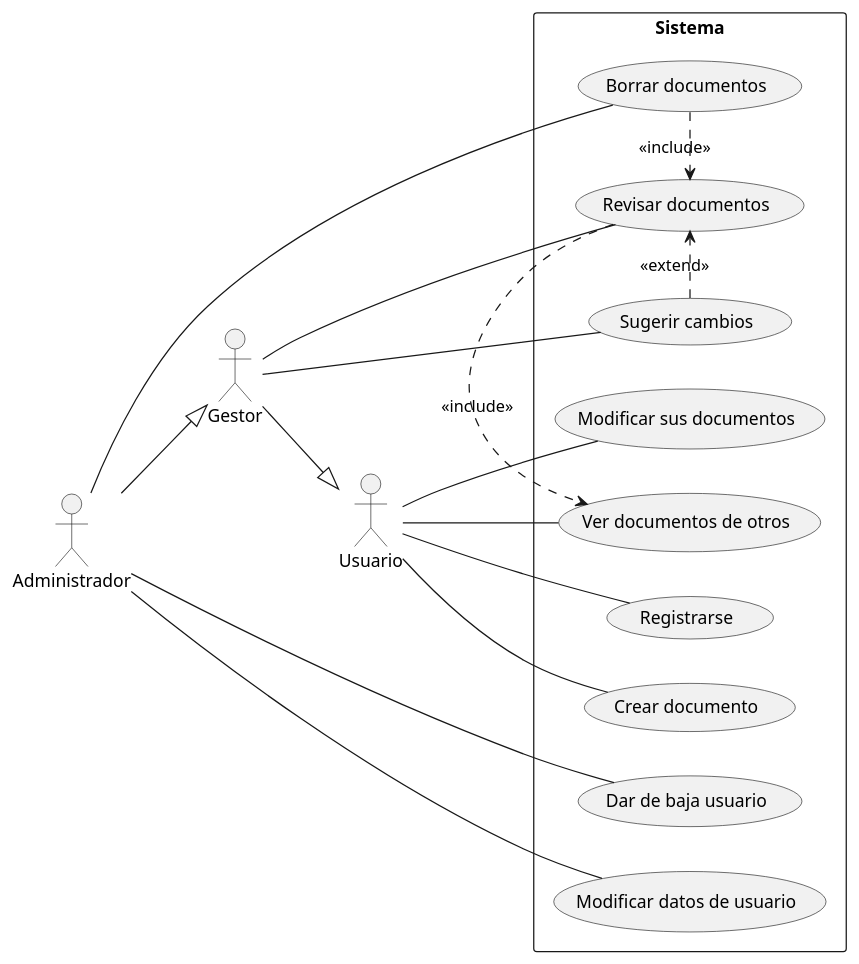
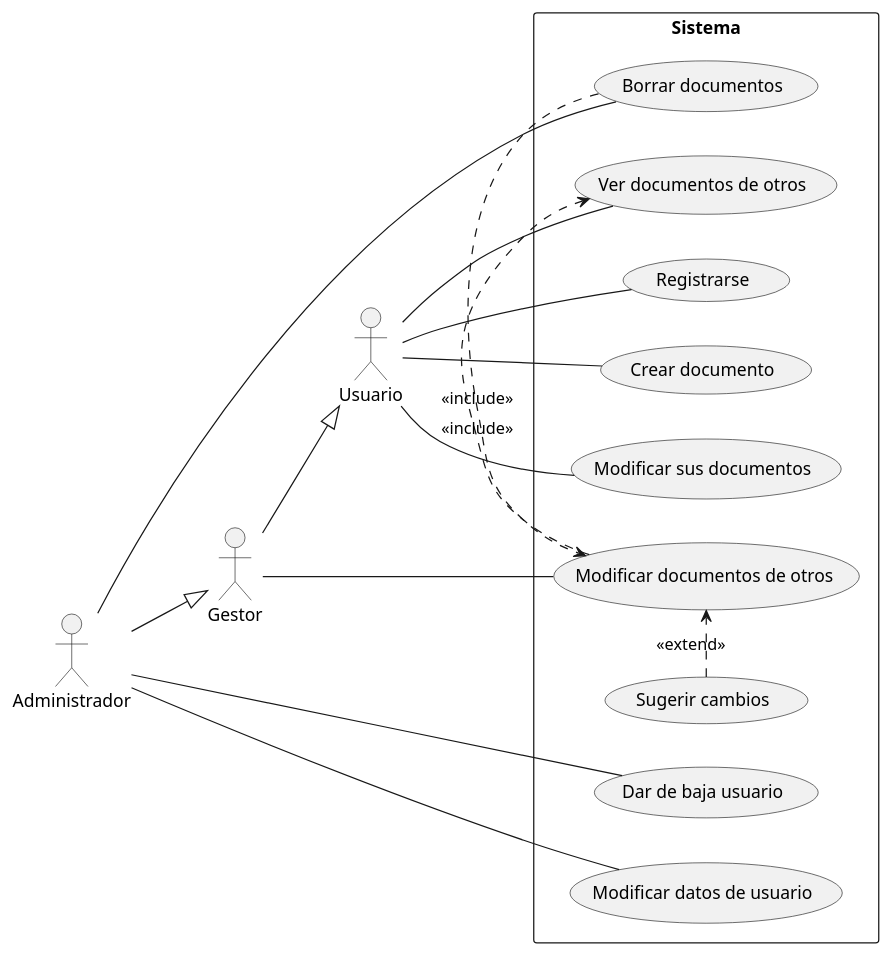
The ninth of 16 diagrams in entornos-de-desarrollo/apuntes/6/ED-06-uml.org (alvarogonzalezsotillo/apuntes-clase), drawn with PlantUML before and after one commit. The commit also changed other lines of this file and 20 other files, not shown here.

Commit message:
mejores diagramas

```diff
--- a/entornos-de-desarrollo/apuntes/6/ED-06-uml.org
+++ b/entornos-de-desarrollo/apuntes/6/ED-06-uml.org
@@ -467,32 +477,35 @@
 #+begin_src plantuml :file media/documentos-web.svg
 @startuml
 left to right direction
 
 actor Usuario
 actor Gestor
 actor Administrador
 
+Gestor --|> Usuario
+Administrador --|> Gestor
+
+
 rectangle Sistema {
 
+
+        
   Usuario -- (Registrarse)
   Usuario -- (Crear documento)
   Usuario -- (Modificar sus documentos)
   Usuario -- (Ver documentos de otros)
 
-  Gestor -- (Revisar documentos)
-  Gestor -- (Sugerir cambios)
+  Gestor -- (Modificar documentos de otros)
 
   Administrador -- (Dar de baja usuario)
   Administrador -- (Modificar datos de usuario)
   Administrador -- (Borrar documentos)
 
-  (Revisar documentos) .> (Ver documentos de otros) : <<include>>
-  (Sugerir cambios) .> (Revisar documentos) : <<extend>>
-  (Borrar documentos) .> (Revisar documentos) : <<include>>
+  (Modificar documentos de otros) .> (Ver documentos de otros) : <<include>>
+  (Sugerir cambios) .> (Modificar documentos de otros) : <<extend>>
+  (Borrar documentos) .> (Modificar documentos de otros) : <<include>>
 }
 
-Gestor --|> Usuario
-Administrador --|> Gestor
 
 @enduml  
 #+end_src
```
